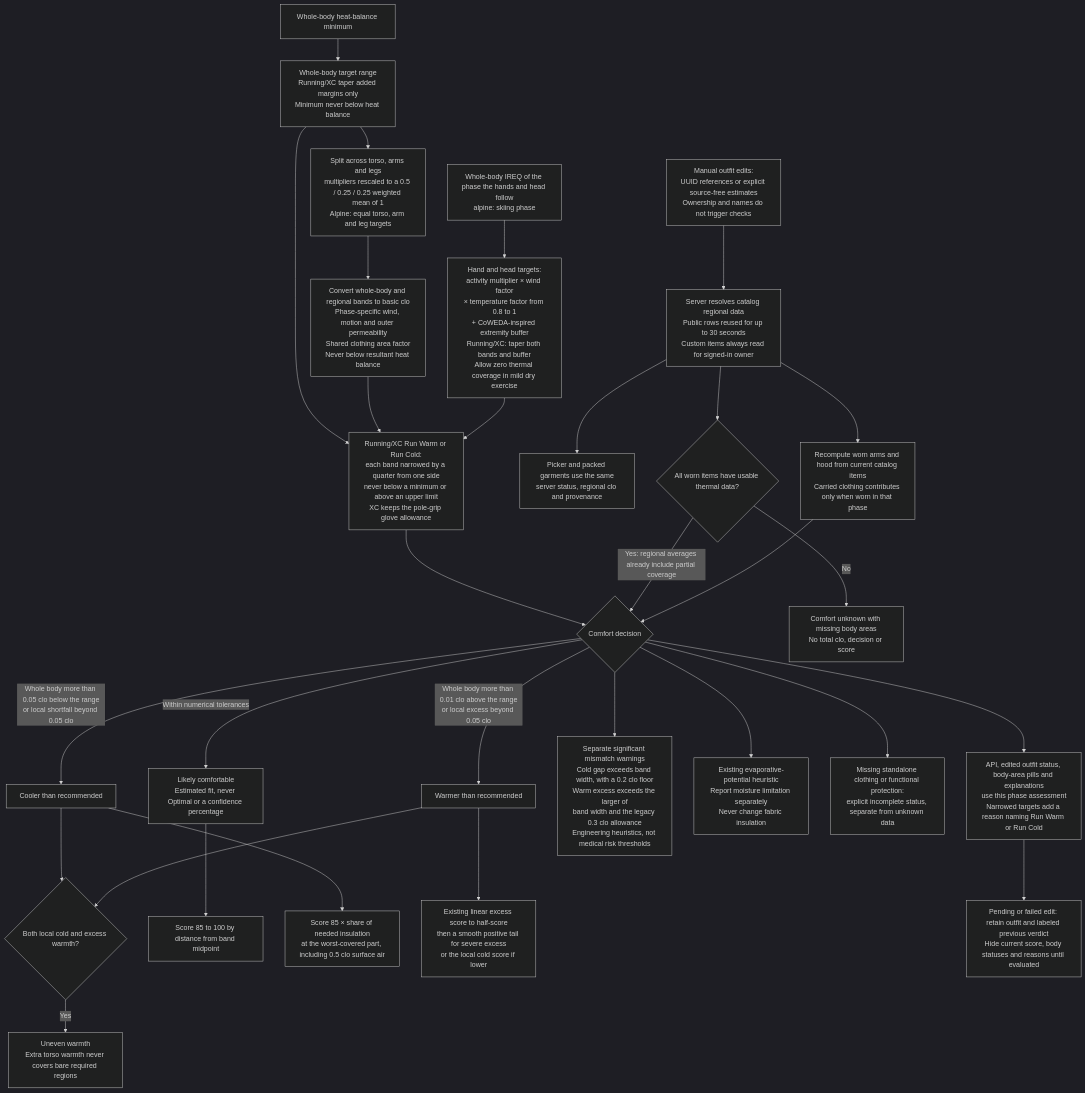
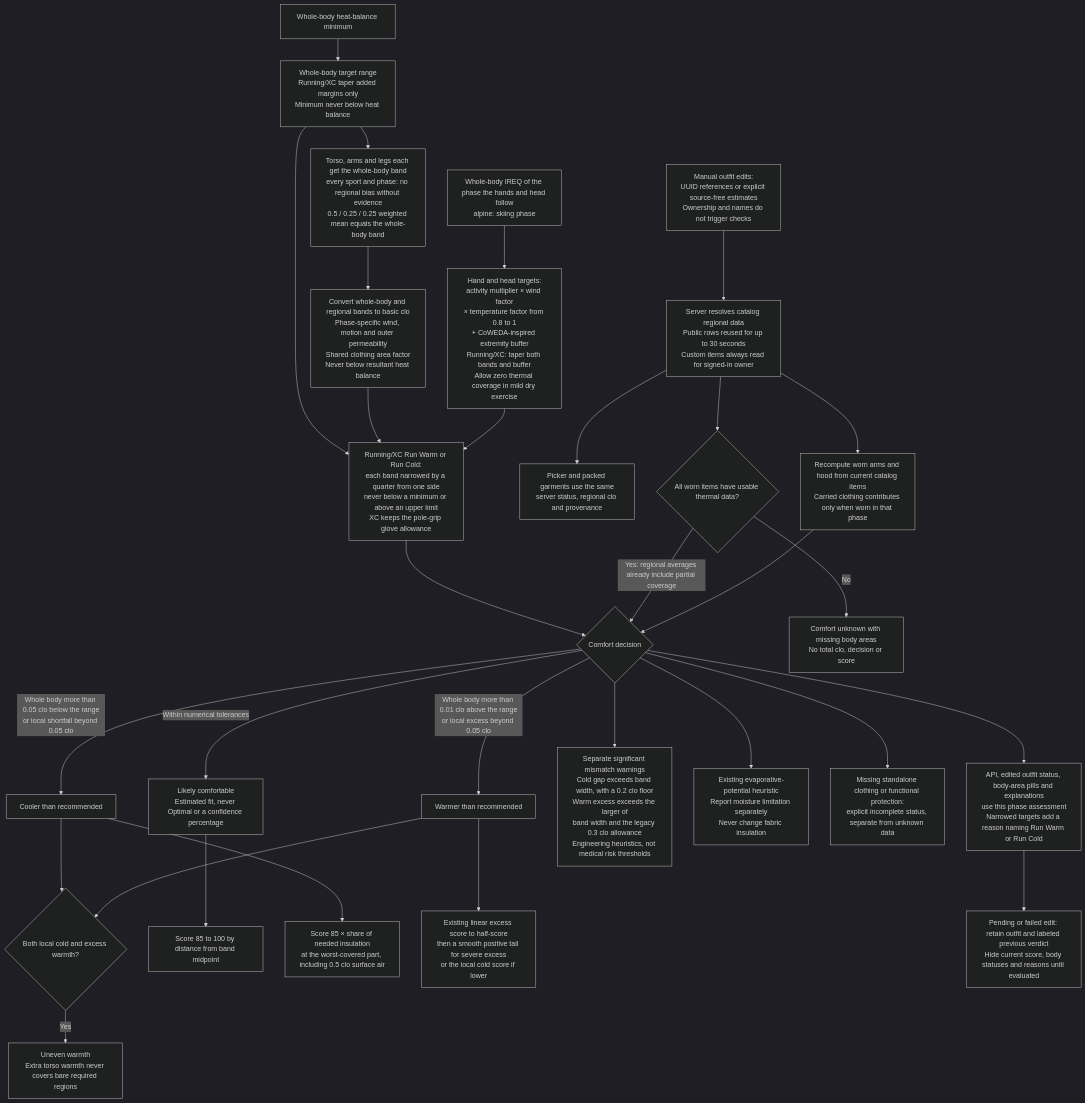
Before and after one commit to derobertsw/swttr: the seventh of 7 diagrams in README.md, drawn with Mermaid (dark theme). The commit also changed other lines of this file and 13 other files, not shown here.

First line of the commit message:
Remove the unsourced regional bias from every sport's thermal targets (#375)

````diff
--- a/README.md
+++ b/README.md
@@ -319,34 +319,34 @@
 ```mermaid
 graph TD
     BALANCE[Whole-body heat-balance minimum] --> RANGE[Whole-body target range<br/>Running/XC taper added margins only<br/>Minimum never below heat balance]
-    RANGE --> SPLIT[Split across torso, arms and legs<br/>multipliers rescaled to a 0.5 / 0.25 / 0.25 weighted mean of 1<br/>Alpine: equal torso, arm and leg targets]
+    RANGE --> SPLIT[Torso, arms and legs each get the whole-body band<br/>every sport and phase: no regional bias without evidence<br/>0.5 / 0.25 / 0.25 weighted mean equals the whole-body band]
     SPLIT --> REG[Convert whole-body and regional bands to basic clo<br/>Phase-specific wind, motion and outer permeability<br/>Shared clothing area factor<br/>Never below resultant heat balance]
     PIREQ[Whole-body IREQ of the phase the hands and head follow<br/>alpine: skiing phase] --> EXT[Hand and head targets:<br/>activity multiplier × wind factor<br/>× temperature factor from 0.8 to 1<br/>+ CoWEDA-inspired extremity buffer<br/>Running/XC: taper both bands and buffer<br/>Allow zero thermal coverage in mild dry exercise]
 
     RANGE --> PREFBAND[Running/XC Run Warm or Run Cold:<br/>each band narrowed by a quarter from one side<br/>never below a minimum or above an upper limit<br/>XC keeps the pole-grip glove allowance]
     REG --> PREFBAND
     EXT --> PREFBAND
     PREFBAND --> DEC{Comfort decision}
     EDIT[Manual outfit edits:<br/>UUID references or explicit source-free estimates<br/>Ownership and names do not trigger checks] --> LOOKUP[Server resolves catalog regional data<br/>Public rows reused for up to 30 seconds<br/>Custom items always read for signed-in owner]
     LOOKUP --> PICKER[Picker and packed garments use the same<br/>server status, regional clo and provenance]
     LOOKUP --> KNOWN{All worn items have usable thermal data?}
     KNOWN -->|Yes: regional averages already include partial coverage| DEC
     KNOWN -->|No| UNKNOWN[Comfort unknown with missing body areas<br/>No total clo, decision or score]
     DEC -->|Whole body more than 0.05 clo below the range<br/>or local shortfall beyond 0.05 clo| COLD[Cooler than recommended]
     DEC -->|Whole body more than 0.01 clo above the range<br/>or local excess beyond 0.05 clo| HOT[Warmer than recommended]
     COLD --> MIX{Both local cold and excess warmth?}
     HOT --> MIX
     MIX -->|Yes| UNEVEN[Uneven warmth<br/>Extra torso warmth never covers bare required regions]
     DEC -->|Within numerical tolerances| OK[Likely comfortable<br/>Estimated fit, never Optimal or a confidence percentage]
     DEC --> WARN[Separate significant mismatch warnings<br/>Cold gap exceeds band width, with a 0.2 clo floor<br/>Warm excess exceeds the larger of<br/>band width and the legacy 0.3 clo allowance<br/>Engineering heuristics, not medical risk thresholds]
     DEC --> MOISTURE[Existing evaporative-potential heuristic<br/>Report moisture limitation separately<br/>Never change fabric insulation]
     OK --> S1[Score 85 to 100 by distance from band midpoint]
     COLD --> S2[Score 85 × share of needed insulation<br/>at the worst-covered part, including 0.5 clo surface air]
     HOT --> S3[Existing linear excess score to half-score<br/>then a smooth positive tail for severe excess<br/>or the local cold score if lower]
     LOOKUP --> ACTUAL[Recompute worn arms and hood from current catalog items<br/>Carried clothing contributes only when worn in that phase]
     ACTUAL --> DEC
     DEC --> GAP[Missing standalone clothing or functional protection:<br/>explicit incomplete status, separate from unknown data]
     DEC --> UI[API, edited outfit status, body-area pills and explanations<br/>use this phase assessment<br/>Narrowed targets add a reason naming Run Warm or Run Cold]
     UI --> STALE[Pending or failed edit: retain outfit and labeled previous verdict<br/>Hide current score, body statuses and reasons until evaluated]
 
 ```
````
